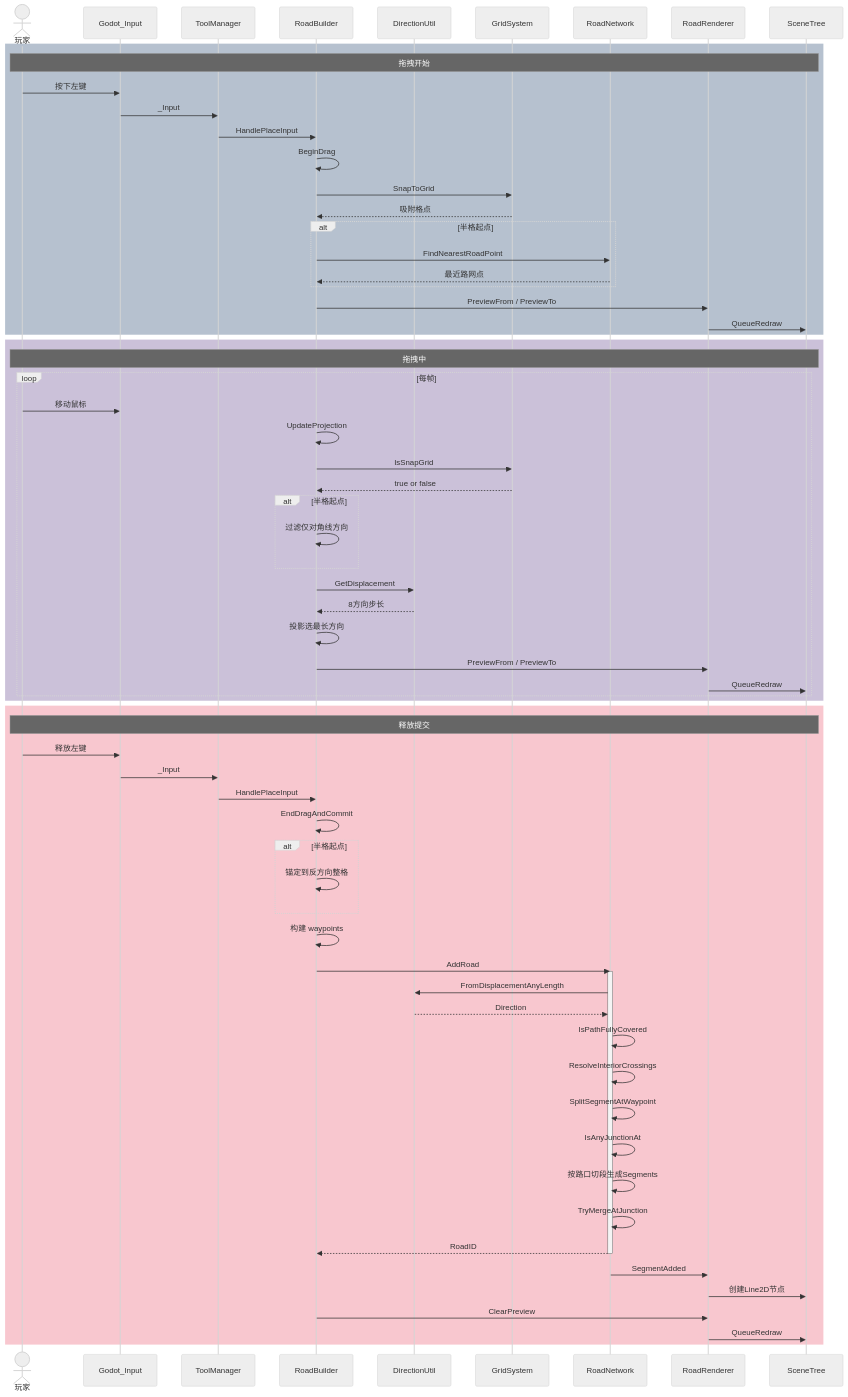
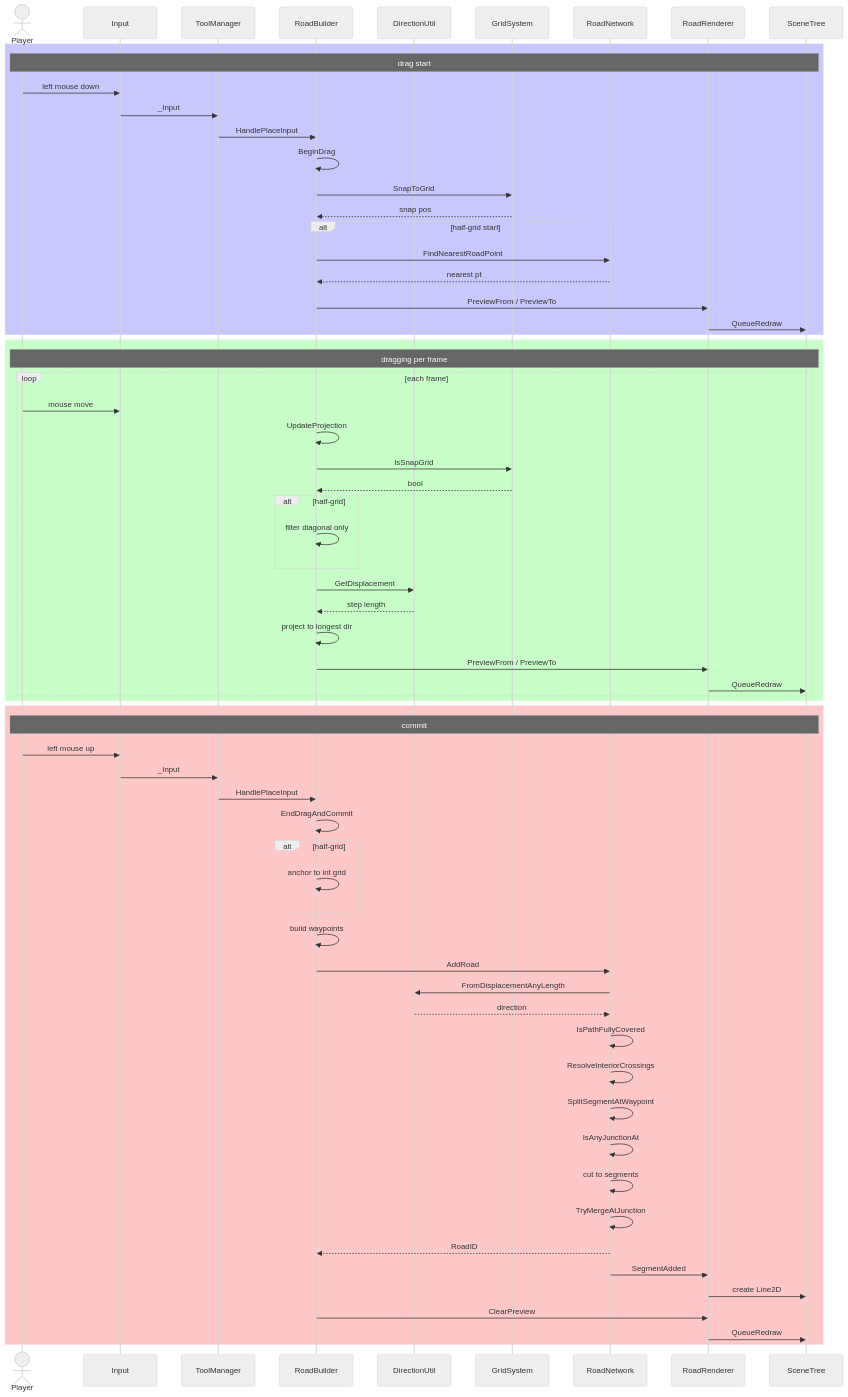
The second of 9 diagrams in docs/game-logic.md (xianfishyu/SimpleCities), drawn with Mermaid (neutral theme) before and after one commit. The commit also changed other lines of this file, not shown here.

Commit message:
#修复v2：图2/3/5全面改用纯ASCII+英语 Mermaid语法
- rect rgba()→rgb()，remove activate/deactivate
- alt/loop/note条件改为英语短文本
- stateDiagram移除frontmatter title，note改纯英语
- participant名改为英语无特殊字符

````diff
--- a/docs/game-logic.md
+++ b/docs/game-logic.md
@@ -78,74 +78,72 @@
 ```mermaid
 sequenceDiagram
-    actor User as 玩家
-    participant Input as Godot_Input
+    actor User as Player
+    participant Input as Input
     participant TM as ToolManager
     participant RB as RoadBuilder
     participant RU as DirectionUtil
     participant GS as GridSystem
     participant RN as RoadNetwork
     participant RR as RoadRenderer
     participant Scene as SceneTree
 
-    rect rgba(15, 52, 96, 0.3)
-        Note over User,Scene: 拖拽开始
-        User->>Input: 按下左键
+    rect rgb(200, 200, 255)
+        Note over User,Scene: drag start
+        User->>Input: left mouse down
         Input->>TM: _Input
         TM->>RB: HandlePlaceInput
         RB->>RB: BeginDrag
         RB->>GS: SnapToGrid
-        GS-->>RB: 吸附格点
-        alt 半格起点
+        GS-->>RB: snap pos
+        alt half-grid start
             RB->>RN: FindNearestRoadPoint
-            RN-->>RB: 最近路网点
+            RN-->>RB: nearest pt
         end
         RB->>RR: PreviewFrom / PreviewTo
         RR->>Scene: QueueRedraw
     end
 
-    rect rgba(83, 52, 131, 0.3)
-        Note over User,Scene: 拖拽中
-        loop 每帧
-            User->>Input: 移动鼠标
+    rect rgb(200, 255, 200)
+        Note over User,Scene: dragging per frame
+        loop each frame
+            User->>Input: mouse move
             RB->>RB: UpdateProjection
             RB->>GS: IsSnapGrid
-            GS-->>RB: true or false
-            alt 半格起点
-                RB->>RB: 过滤仅对角线方向
+            GS-->>RB: bool
+            alt half-grid
+                RB->>RB: filter diagonal only
             end
             RB->>RU: GetDisplacement
-            RU-->>RB: 8方向步长
-            RB->>RB: 投影选最长方向
+            RU-->>RB: step length
+            RB->>RB: project to longest dir
             RB->>RR: PreviewFrom / PreviewTo
             RR->>Scene: QueueRedraw
         end
     end
 
-    rect rgba(233, 69, 96, 0.3)
-        Note over User,Scene: 释放提交
-        User->>Input: 释放左键
+    rect rgb(255, 200, 200)
+        Note over User,Scene: commit
+        User->>Input: left mouse up
         Input->>TM: _Input
         TM->>RB: HandlePlaceInput
         RB->>RB: EndDragAndCommit
-        alt 半格起点
-            RB->>RB: 锚定到反方向整格
+        alt half-grid
+            RB->>RB: anchor to int grid
         end
-        RB->>RB: 构建 waypoints
+        RB->>RB: build waypoints
         RB->>RN: AddRoad
-        activate RN
         RN->>RU: FromDisplacementAnyLength
-        RU-->>RN: Direction
+        RU-->>RN: direction
         RN->>RN: IsPathFullyCovered
         RN->>RN: ResolveInteriorCrossings
         RN->>RN: SplitSegmentAtWaypoint
         RN->>RN: IsAnyJunctionAt
-        RN->>RN: 按路口切段生成Segments
+        RN->>RN: cut to segments
         RN->>RN: TryMergeAtJunction
         RN-->>RB: RoadID
-        deactivate RN
         RN->>RR: SegmentAdded
-        RR->>Scene: 创建Line2D节点
+        RR->>Scene: create Line2D
         RB->>RR: ClearPreview
         RR->>Scene: QueueRedraw
     end
 ```
````
